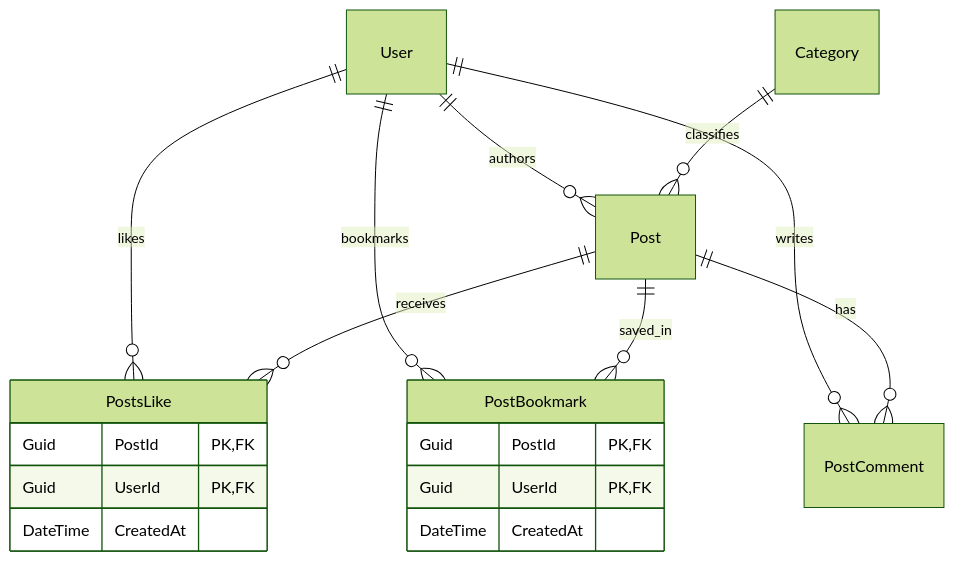
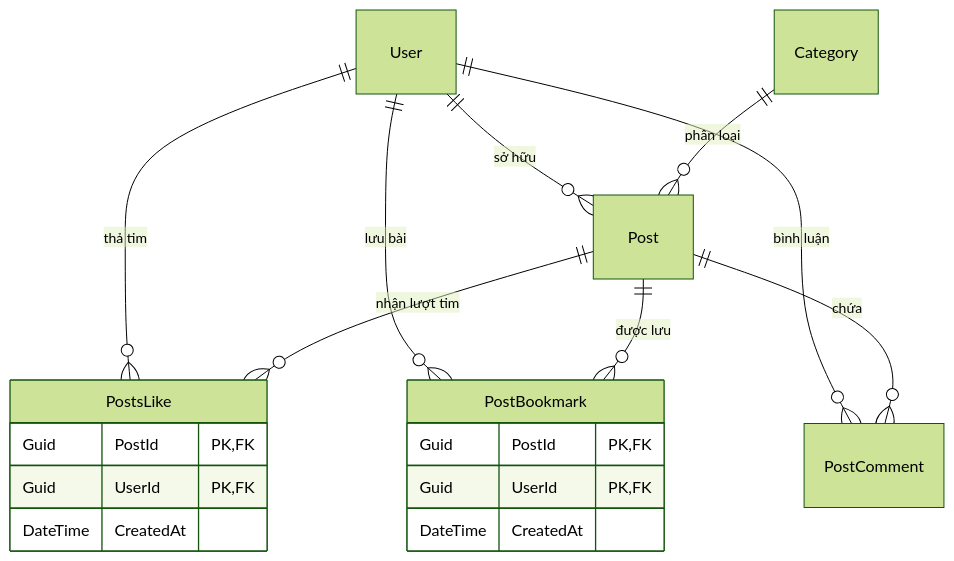
The diagram in blog_website/README.md (quan02077/Blog-website), drawn with Mermaid (forest theme) before and after one commit. The commit also changed other lines of this file and 1 other file, not shown here.

````diff
--- a/blog_website/README.md
+++ b/blog_website/README.md
@@ -71,25 +71,25 @@
 ```mermaid
 erDiagram
-    User ||--o{ Post : "authors"
-    User ||--o{ PostsLike : "likes"
-    User ||--o{ PostBookmark : "bookmarks"
-    User ||--o{ PostComment : "writes"
+    User ||--o{ Post : "sở hữu"
+    User ||--o{ PostsLike : "thả tim"
+    User ||--o{ PostBookmark : "lưu bài"
+    User ||--o{ PostComment : "bình luận"
     
-    Category ||--o{ Post : "classifies"
+    Category ||--o{ Post : "phân loại"
     
-    Post ||--o{ PostsLike : "receives"
-    Post ||--o{ PostBookmark : "saved_in"
-    Post ||--o{ PostComment : "has"
+    Post ||--o{ PostsLike : "nhận lượt tim"
+    Post ||--o{ PostBookmark : "được lưu"
+    Post ||--o{ PostComment : "chứa"
 
     PostsLike {
         Guid PostId PK, FK
         Guid UserId PK, FK
         DateTime CreatedAt
     }
 
     PostBookmark {
         Guid PostId PK, FK
         Guid UserId PK, FK
         DateTime CreatedAt
     }
 ```
````
